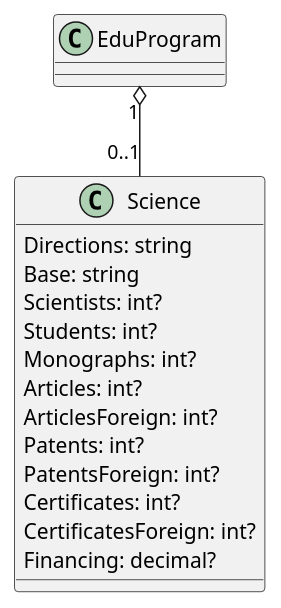
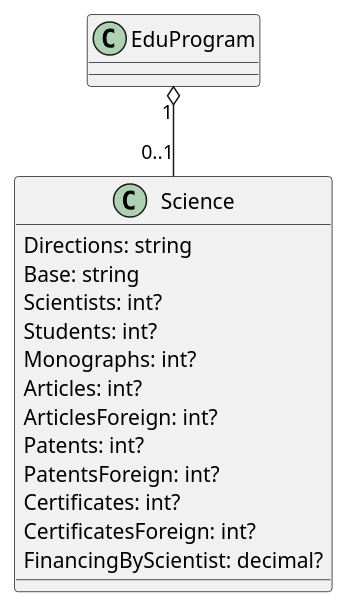
One commit to r7-labs/R7.University changed the second of 2 diagrams in doc/ScienceRecord.puml. Above: the diagram before and after it, drawn with PlantUML. The commit also changed 5 other files, not shown here.

```diff
--- a/doc/ScienceRecord.puml
+++ b/doc/ScienceRecord.puml
@@ -30,20 +30,20 @@
 @startuml Science Records for Edu. Program (variant 2)
 
 EduProgram "1" o-- "0..1" Science
 
 class Science {
     Directions: string
     Base: string
     Scientists: int?
     Students: int?
     Monographs: int?
     Articles: int?
     ArticlesForeign: int?
     Patents: int?
     PatentsForeign: int?
     Certificates: int?
     CertificatesForeign: int?
-    Financing: decimal?
+    FinancingByScientist: decimal?
 }
 
 @enduml
```
